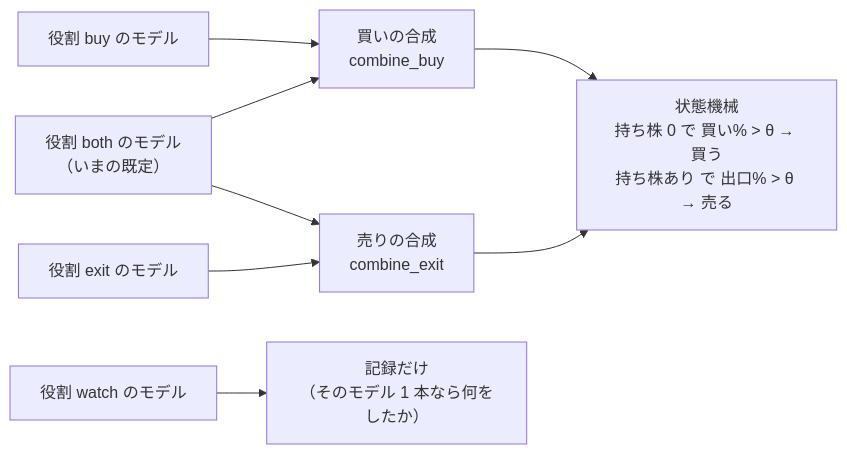
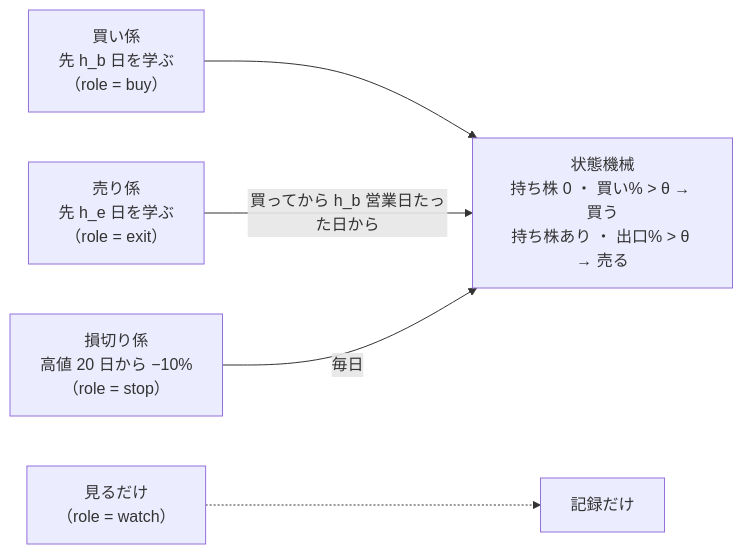
The first of 5 diagrams in docs/plans/trader-model-roles.md (akiraak/ai-income-lab), drawn with Mermaid before and after one commit. The commit also changed other lines of this file and 18 other files, not shown here.

````diff
--- a/docs/plans/trader-model-roles.md
+++ b/docs/plans/trader-model-roles.md
@@ -18,10 +28,7 @@
 ```mermaid
 flowchart LR
-  B["役割 buy のモデル"] --> CB["買いの合成<br/>combine_buy"]
-  X["役割 both のモデル<br/>（いまの既定）"] --> CB
-  X --> CE["売りの合成<br/>combine_exit"]
-  E["役割 exit のモデル"] --> CE
-  CB --> SM["状態機械<br/>持ち株 0 で 買い% > θ → 買う<br/>持ち株あり で 出口% > θ → 売る"]
-  CE --> SM
-  W["役割 watch のモデル"] --> REC["記録だけ<br/>（そのモデル 1 本なら何をしたか）"]
+  B["買い係<br/>先 h_b 日を学ぶ<br/>（role = buy）"] --> SM["状態機械<br/>持ち株 0 ・ 買い% > θ → 買う<br/>持ち株あり ・ 出口% > θ → 売る"]
+  E["売り係<br/>先 h_e 日を学ぶ<br/>（role = exit）"] -->|"買ってから h_b 営業日たった日から"| SM
+  S["損切り係<br/>高値 20 日から −10%<br/>（role = stop）"] -->|"毎日"| SM
+  W["見るだけ<br/>（role = watch）"] -.-> REC["記録だけ"]
 ```
````
